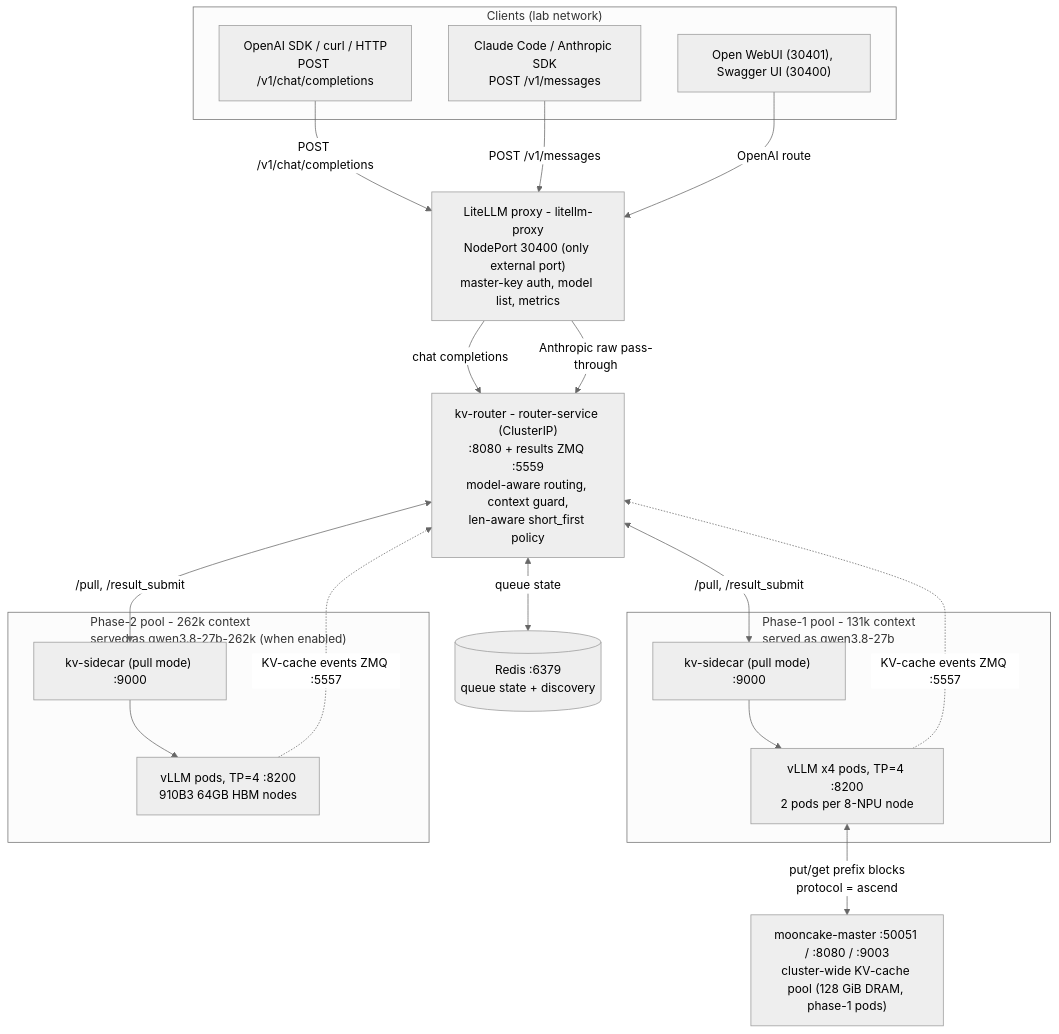
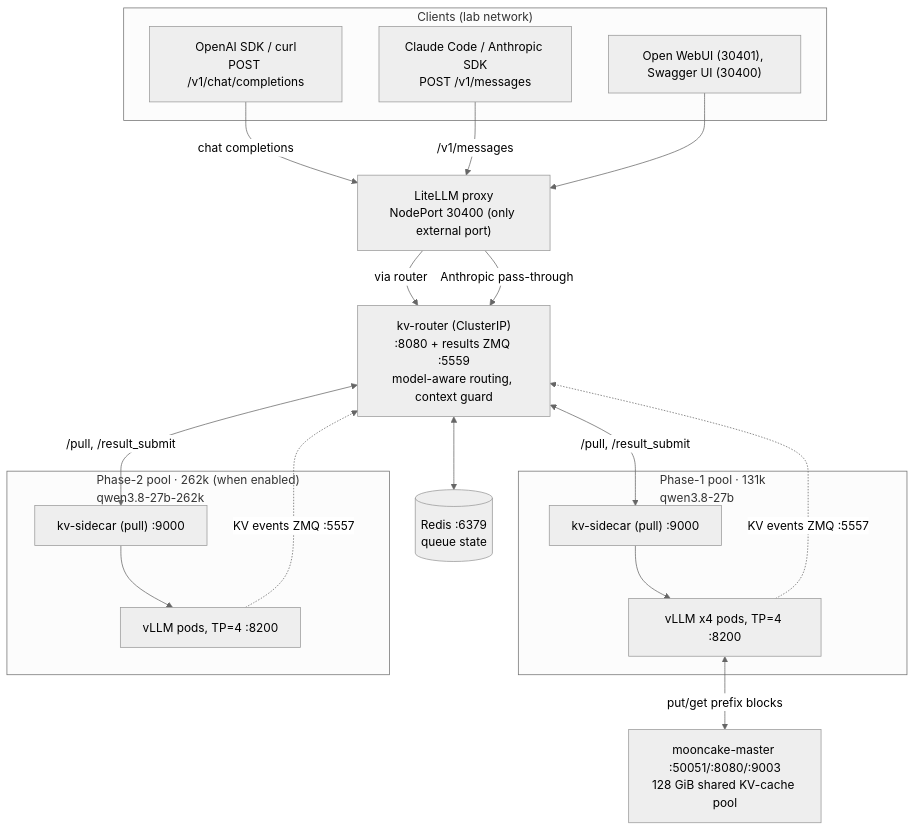
One commit to clyde-org/sir-llm-platform changed the first of 3 diagrams in README.md. Above: the diagram before and after it, drawn with Mermaid (neutral theme). The commit also changed other lines of this file, not shown here.

````diff
--- a/README.md
+++ b/README.md
@@ -29,40 +23,40 @@
 ```mermaid
 flowchart TD
     subgraph CLIENTS["Clients (lab network)"]
-        OA["OpenAI SDK / curl / HTTP<br/>POST /v1/chat/completions"]
+        OA["OpenAI SDK / curl<br/>POST /v1/chat/completions"]
         AN["Claude Code / Anthropic SDK<br/>POST /v1/messages"]
         GUI["Open WebUI (30401), Swagger UI (30400)"]
     end
 
-    LT["LiteLLM proxy - litellm-proxy<br/>NodePort 30400 (only external port)<br/>master-key auth, model list, metrics"]
+    LT["LiteLLM proxy<br/>NodePort 30400 (only external port)"]
 
-    RT["kv-router - router-service (ClusterIP)<br/>:8080 + results ZMQ :5559<br/>model-aware routing, context guard,<br/>len-aware short_first policy"]
+    RT["kv-router (ClusterIP)<br/>:8080 + results ZMQ :5559<br/>model-aware routing, context guard"]
 
-    R[("Redis :6379<br/>queue state + discovery")]
+    R[("Redis :6379<br/>queue state")]
 
-    subgraph P1["Phase-1 pool - 131k context<br/>served as qwen3.8-27b"]
-        P1S["kv-sidecar (pull mode) :9000"]
-        P1V["vLLM x4 pods, TP=4 :8200<br/>2 pods per 8-NPU node"]
+    subgraph P1["Phase-1 pool · 131k<br/>qwen3.8-27b"]
+        P1S["kv-sidecar (pull) :9000"]
+        P1V["vLLM x4 pods, TP=4 :8200"]
         P1S --> P1V
     end
 
-    subgraph P2["Phase-2 pool - 262k context<br/>served as qwen3.8-27b-262k (when enabled)"]
-        P2S["kv-sidecar (pull mode) :9000"]
-        P2V["vLLM pods, TP=4 :8200<br/>910B3 64GB HBM nodes"]
+    subgraph P2["Phase-2 pool · 262k (when enabled)<br/>qwen3.8-27b-262k"]
+        P2S["kv-sidecar (pull) :9000"]
+        P2V["vLLM pods, TP=4 :8200"]
         P2S --> P2V
     end
 
-    MC["mooncake-master :50051 / :8080 / :9003<br/>cluster-wide KV-cache pool (128 GiB DRAM, phase-1 pods)"]
+    MC["mooncake-master :50051/:8080/:9003<br/>128 GiB shared KV-cache pool"]
 
-    OA -->|"POST /v1/chat/completions"| LT
-    AN -->|"POST /v1/messages"| LT
-    GUI -->|"OpenAI route"| LT
-    LT -->|"chat completions"| RT
-    LT -->|"Anthropic raw pass-through"| RT
-    RT <-->|"queue state"| R
+    OA -->|"chat completions"| LT
+    AN -->|"/v1/messages"| LT
+    GUI --> LT
+    LT -->|"via router"| RT
+    LT -->|"Anthropic pass-through"| RT
+    RT <--> R
     RT <-->|"/pull, /result_submit"| P1S
     RT <-->|"/pull, /result_submit"| P2S
-    P1V -.->|"KV-cache events ZMQ :5557"| RT
-    P2V -.->|"KV-cache events ZMQ :5557"| RT
-    P1V <-->|"put/get prefix blocks<br/>protocol = ascend"| MC
+    P1V -.->|"KV events ZMQ :5557"| RT
+    P2V -.->|"KV events ZMQ :5557"| RT
+    P1V <-->|"put/get prefix blocks"| MC
 ```
````
